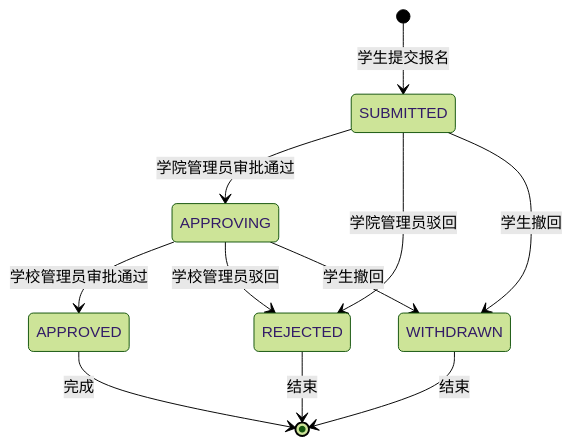
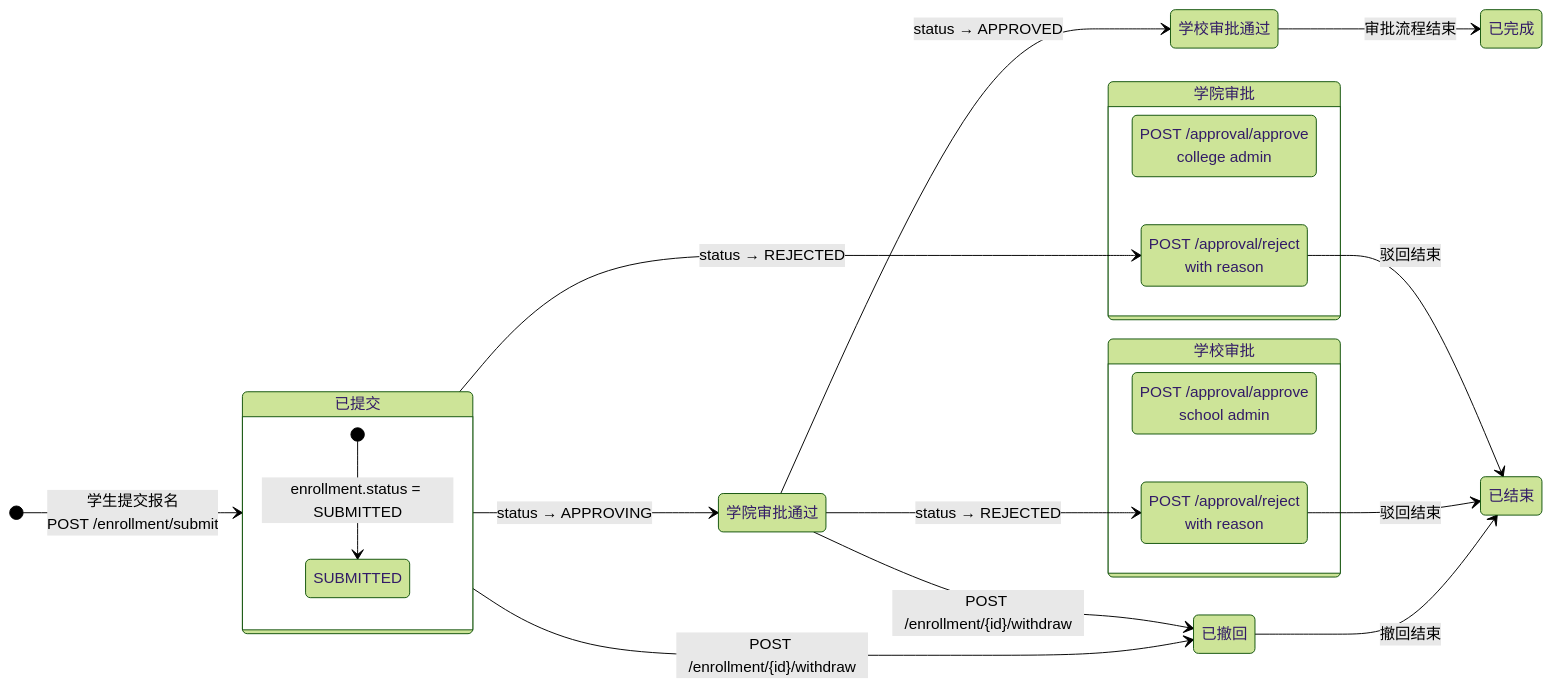
Before and after one commit to spider-freedom/enrollment-platform: the fifth of 6 diagrams in doc/architecture.md, drawn with Mermaid (forest theme). The commit also changed other lines of this file, not shown here.

Commit message:
docs: 架构图优化-去除图标+技术栈细化到模块级+图表排版美化

````diff
--- a/doc/architecture.md
+++ b/doc/architecture.md
@@ -247,17 +285,34 @@
 ```mermaid
 stateDiagram-v2
-    [*] --> SUBMITTED: 学生提交报名
+    direction LR
 
-    SUBMITTED --> APPROVING: 学院管理员审批通过
-    SUBMITTED --> REJECTED: 学院管理员驳回
+    [*] --> 已提交 : 学生提交报名<br/>POST /enrollment/submit
 
-    APPROVING --> APPROVED: 学校管理员审批通过
-    APPROVING --> REJECTED: 学校管理员驳回
+    state 已提交 {
+        [*] --> SUBMITTED : enrollment.status = SUBMITTED
+    }
 
-    SUBMITTED --> WITHDRAWN: 学生撤回
-    APPROVING --> WITHDRAWN: 学生撤回
+    state 学院审批 {
+        学院管理员审批通过 : POST /approval/approve<br/>college admin
+        学院管理员驳回 : POST /approval/reject<br/>with reason
+    }
 
-    APPROVED --> [*]: 完成
-    REJECTED --> [*]: 结束
-    WITHDRAWN --> [*]: 结束
+    state 学校审批 {
+        学校管理员审批通过 : POST /approval/approve<br/>school admin
+        学校管理员驳回 : POST /approval/reject<br/>with reason
+    }
+
+    已提交 --> 学院审批通过 : status → APPROVING
+    已提交 --> 学院管理员驳回 : status → REJECTED
+
+    学院审批通过 --> 学校审批通过 : status → APPROVED
+    学院审批通过 --> 学校管理员驳回 : status → REJECTED
+
+    已提交 --> 已撤回 : POST /enrollment/{id}/withdraw
+    学院审批通过 --> 已撤回 : POST /enrollment/{id}/withdraw
+
+    学校审批通过 --> 已完成 : 审批流程结束
+    学院管理员驳回 --> 已结束 : 驳回结束
+    学校管理员驳回 --> 已结束 : 驳回结束
+    已撤回 --> 已结束 : 撤回结束
 ```
````
